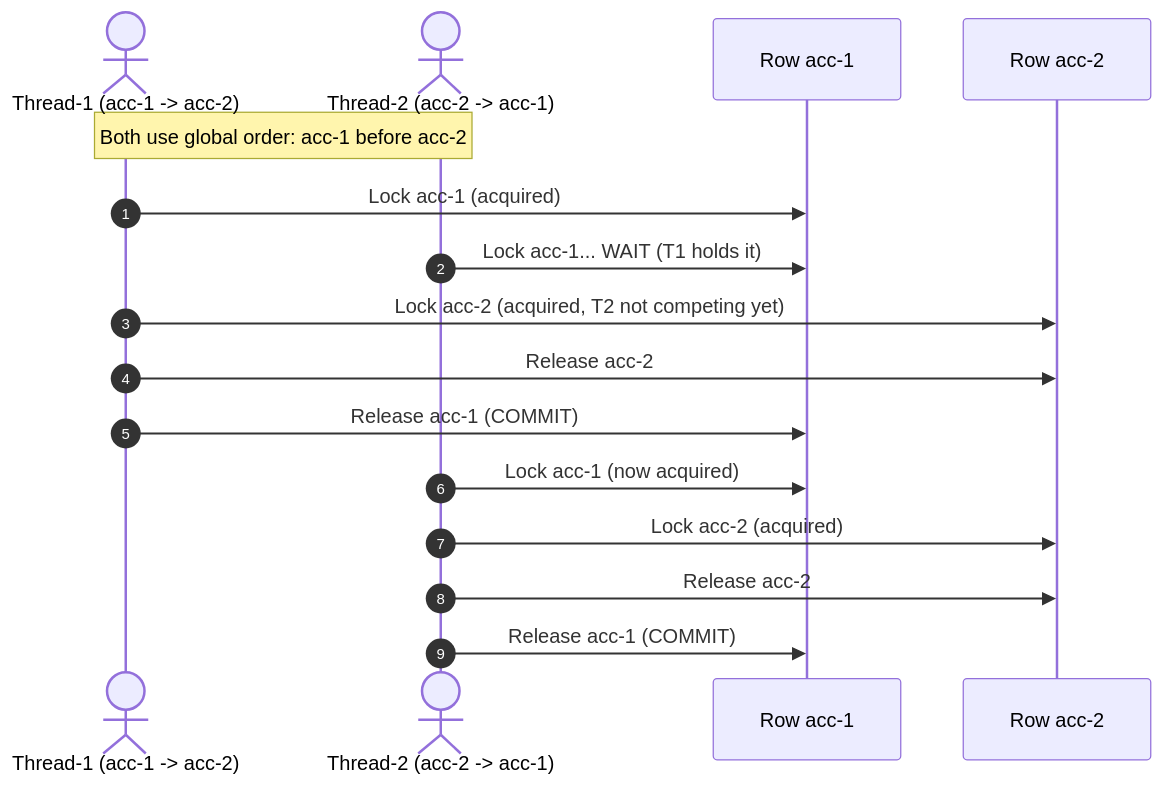
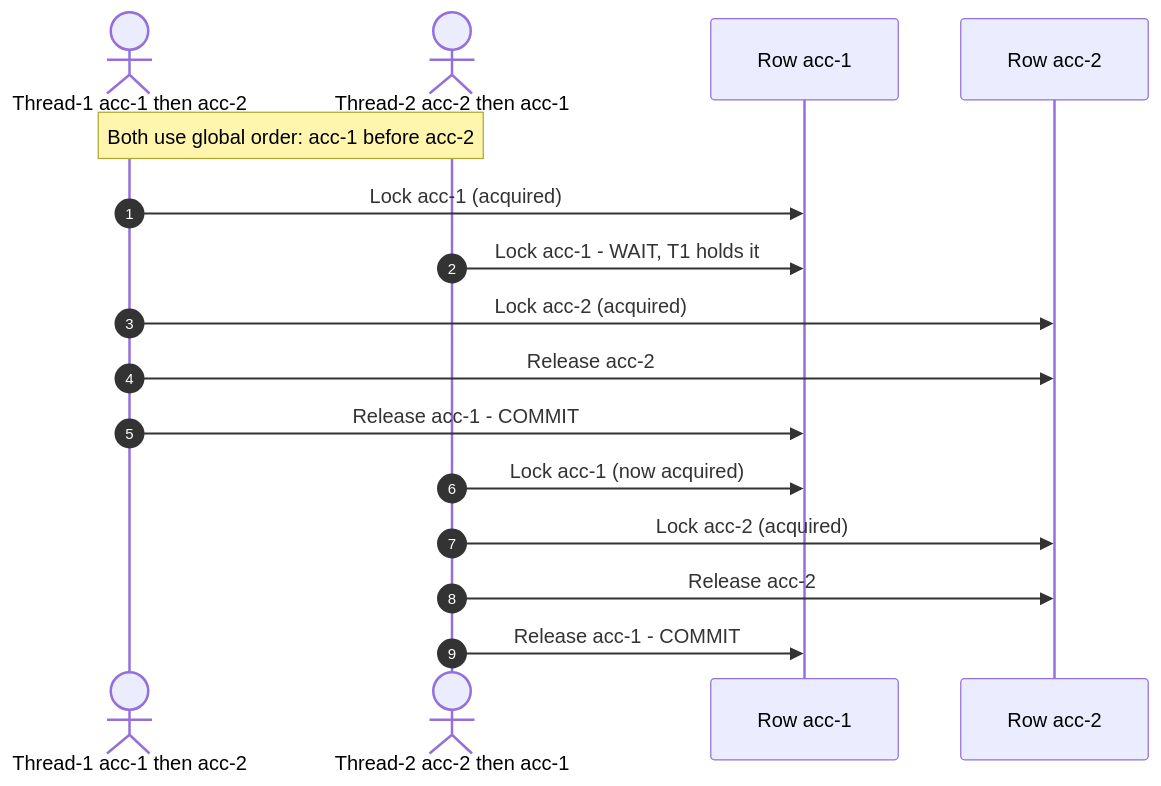
Before and after one commit to Jatinghataliya/database-locking: the sixth of 12 diagrams in README.md, drawn with Mermaid. The commit also changed other lines of this file, not shown here.

First line of the commit message:
fix: remove all invalid Mermaid syntax from README diagrams

````diff
--- a/README.md
+++ b/README.md
@@ -255,19 +255,19 @@
 ```mermaid
 sequenceDiagram
     autonumber
-    actor T1 as Thread-1 (acc-1 -> acc-2)
-    actor T2 as Thread-2 (acc-2 -> acc-1)
+    actor T1 as Thread-1 acc-1 then acc-2
+    actor T2 as Thread-2 acc-2 then acc-1
     participant A as Row acc-1
     participant B as Row acc-2
 
     Note over T1,T2: Both use global order: acc-1 before acc-2
     T1->>A: Lock acc-1 (acquired)
-    T2->>A: Lock acc-1... WAIT (T1 holds it)
-    T1->>B: Lock acc-2 (acquired, T2 not competing yet)
+    T2->>A: Lock acc-1 - WAIT, T1 holds it
+    T1->>B: Lock acc-2 (acquired)
     T1->>B: Release acc-2
-    T1->>A: Release acc-1  (COMMIT)
+    T1->>A: Release acc-1 - COMMIT
     T2->>A: Lock acc-1 (now acquired)
     T2->>B: Lock acc-2 (acquired)
     T2->>B: Release acc-2
-    T2->>A: Release acc-1  (COMMIT)
+    T2->>A: Release acc-1 - COMMIT
 ```
````
